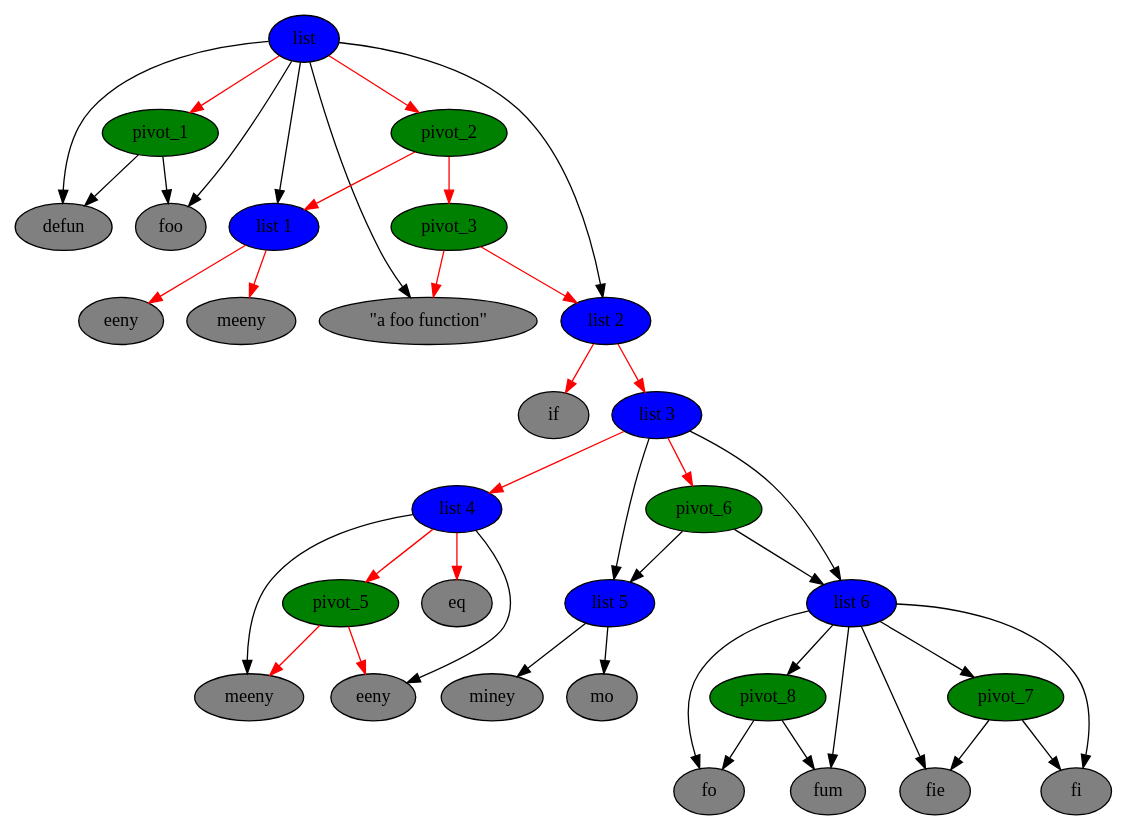
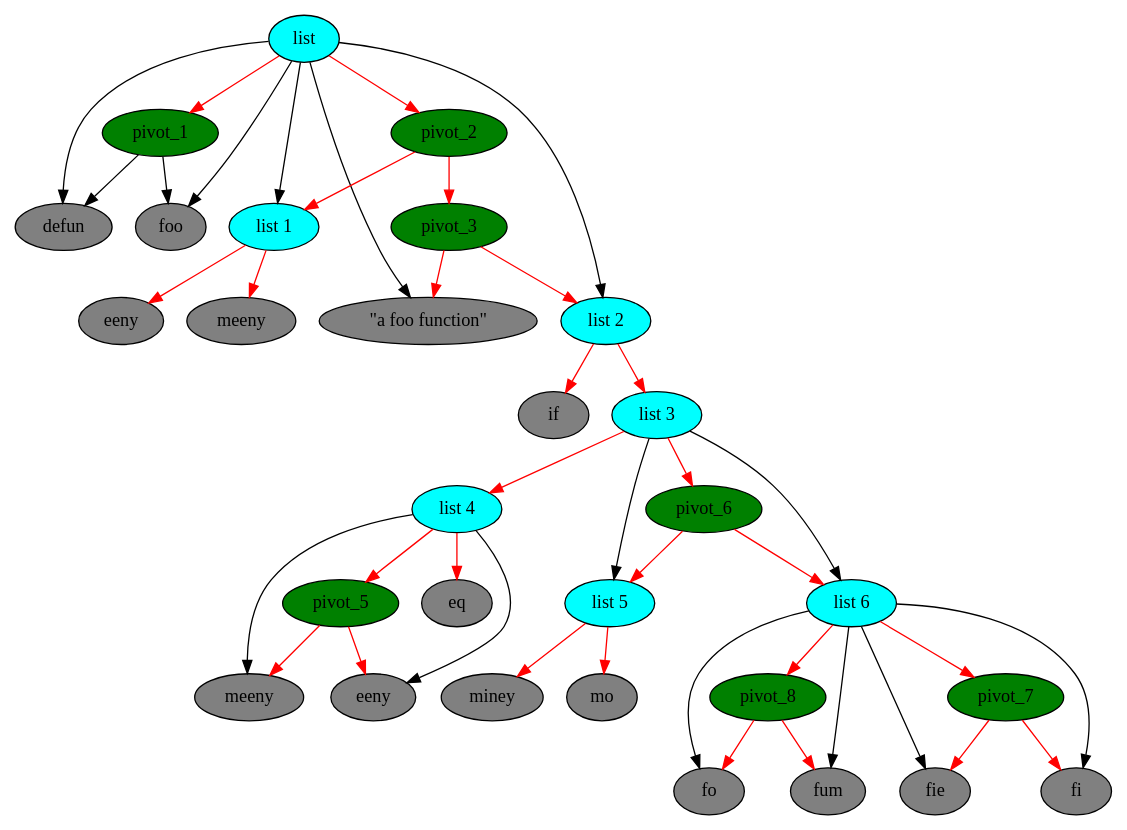
The second of 2 diagrams in quipu.org (mnemnion/porch), drawn with Graphviz before and after one commit. The commit also changed other lines of this file, not shown here.

Commit message:
small edits

```diff
--- a/quipu.org
+++ b/quipu.org
@@ -207,76 +206,76 @@
 #+begin_src dot :file images/node-pivot-leaf.png  :exports results :cache yes
- digraph G {
-list [label = "list", style = filled, fillcolor = blue]
-pivot_1 [style = filled, fillcolor = green]
-node_1 [label = "defun", style = filled, fillcolor = gray]
-foo_node [label = "foo", style = filled, fillcolor = gray]
-pivot_2 [style = filled, fillcolor = green]
-list_1 [label = "list 1", style = filled, fillcolor = blue]
-pivot_3 [style = filled, fillcolor = green]
-node_4 [label = "\"a foo function\"", style = filled, fillcolor = gray]
-list_2 [label = "list 2", style = filled, fillcolor = blue]
-node_5 [label = "if", style = filled, fillcolor = gray]
-list_3 [label = "list 3", style = filled, fillcolor = blue]
-list_4 [label = "list 4", style = filled, fillcolor = blue]
-node_2 [label = "eeny", style = filled, fillcolor = gray]
-node_3 [label = "meeny", style = filled, fillcolor = gray]
-list_5 [label = "list 5", style = filled, fillcolor = blue]
-list_6 [label = "list 6", style = filled, fillcolor = blue]
-node_6 [label = "eq", style = filled, fillcolor = gray]
+   digraph G {
+  list [label = "list", style = filled, fillcolor = cyan]
+  pivot_1 [style = filled, fillcolor = green]
+  node_1 [label = "defun", style = filled, fillcolor = gray]
+  foo_node [label = "foo", style = filled, fillcolor = gray]
+  pivot_2 [style = filled, fillcolor = green]
+  list_1 [label = "list 1", style = filled, fillcolor = cyan]
+  pivot_3 [style = filled, fillcolor = green]
+  node_4 [label = "\"a foo function\"", style = filled, fillcolor = gray]
+  list_2 [label = "list 2", style = filled, fillcolor = cyan]
+  node_5 [label = "if", style = filled, fillcolor = gray]
+  list_3 [label = "list 3", style = filled, fillcolor = cyan]
+  list_4 [label = "list 4", style = filled, fillcolor = cyan]
+  node_2 [label = "eeny", style = filled, fillcolor = gray]
+  node_3 [label = "meeny", style = filled, fillcolor = gray]
+  list_5 [label = "list 5", style = filled, fillcolor = cyan]
+  list_6 [label = "list 6", style = filled, fillcolor = cyan]
+  node_6 [label = "eq", style = filled, fillcolor = gray]
 
-node_7 [label = "eeny", style = filled, fillcolor = gray]
-node_8 [label = "meeny", style = filled, fillcolor = gray]
-pivot_5 [style = filled, fillcolor = green]
-node_9 [label = "miney", style = filled, fillcolor = gray]
-node_10 [label = "mo", style = filled, fillcolor = gray]
-pivot_6 [style = filled, fillcolor = green]
-pivot_7 [style = filled, fillcolor = green]
-pivot_8 [style = filled, fillcolor = green]
-node_11 [label = "fi", style = filled, fillcolor = gray]
-node_12 [label = "fie", style = filled, fillcolor = gray]
-node_13 [label = "fo", style = filled, fillcolor = gray]
-node_14 [label = "fum", style = filled, fillcolor = gray]
+  node_7 [label = "eeny", style = filled, fillcolor = gray]
+  node_8 [label = "meeny", style = filled, fillcolor = gray]
+  pivot_5 [style = filled, fillcolor = green]
+  node_9 [label = "miney", style = filled, fillcolor = gray]
+  node_10 [label = "mo", style = filled, fillcolor = gray]
+  pivot_6 [style = filled, fillcolor = green]
+  pivot_7 [style = filled, fillcolor = green]
+  pivot_8 [style = filled, fillcolor = green]
+  node_11 [label = "fi", style = filled, fillcolor = gray]
+  node_12 [label = "fie", style = filled, fillcolor = gray]
+  node_13 [label = "fo", style = filled, fillcolor = gray]
+  node_14 [label = "fum", style = filled, fillcolor = gray]
 
-  list -> pivot_1 [color = red]
-  list -> node_1
-  list -> foo_node
-     pivot_1 -> node_1
-     pivot_1 -> foo_node
-  list -> pivot_2 [color = red]
-   pivot_2 -> list_1 [color = red]
-   list -> list_1
-   list_1 -> node_2  [color = red]
-   list_1 -> node_3   [color = red]
-   pivot_2 -> pivot_3 [color = red]
-   pivot_3 -> node_4  [color = red]
-   pivot_3 -> list_2  [color = red]
-   list -> node_4
-   list -> list_2
-   list_2 -> node_5    [color = red]
-   list_2 -> list_3   [color = red]
-   list_3 -> list_4   [color = red]
-   list_4 -> node_6   [color = red]
-   list_4 -> node_7
-   list_4 -> node_8
-   list_4 -> pivot_5   [color = red]
-   pivot_5 -> node_7   [color = red]
-   pivot_5 -> node_8   [color = red]
-   list_3 -> list_5
-   list_3 -> pivot_6    [color = red]
-   pivot_6 -> list_5
-   pivot_6 -> list_6
-   list_5 -> node_9
-   list_5 -> node_10
-   list_3 -> list_6
-   list_6 -> node_11
-   list_6 -> node_12
-   list_6 -> node_13
-   list_6 -> node_14
-   list_6 -> pivot_7
-   pivot_7 -> node_11
-   pivot_7 -> node_12
-   list_6 -> pivot_8
-   pivot_8 -> node_13
-   pivot_8 -> node_14
-}
+    list -> pivot_1 [color = red]
+    list -> node_1
+    list -> foo_node
+       pivot_1 -> node_1
+       pivot_1 -> foo_node
+    list -> pivot_2 [color = red]
+     pivot_2 -> list_1 [color = red]
+     list -> list_1
+     list_1 -> node_2  [color = red]
+     list_1 -> node_3   [color = red]
+     pivot_2 -> pivot_3 [color = red]
+     pivot_3 -> node_4  [color = red]
+     pivot_3 -> list_2  [color = red]
+     list -> node_4
+     list -> list_2
+     list_2 -> node_5    [color = red]
+     list_2 -> list_3   [color = red]
+     list_3 -> list_4   [color = red]
+     list_4 -> node_6   [color = red]
+     list_4 -> node_7
+     list_4 -> node_8
+     list_4 -> pivot_5   [color = red]
+     pivot_5 -> node_7   [color = red]
+     pivot_5 -> node_8   [color = red]
+     list_3 -> list_5
+     list_3 -> pivot_6    [color = red]
+     pivot_6 -> list_5    [color = red]
+     pivot_6 -> list_6    [color = red]
+     list_5 -> node_9    [color = red]
+     list_5 -> node_10   [color = red]
+     list_3 -> list_6
+     list_6 -> node_11
+     list_6 -> node_12
+     list_6 -> node_13
+     list_6 -> node_14
+     list_6 -> pivot_7      [color = red]
+     pivot_7 -> node_11     [color = red]
+     pivot_7 -> node_12     [color = red]
+     list_6 -> pivot_8      [color = red]
+     pivot_8 -> node_13     [color = red]
+     pivot_8 -> node_14     [color = red]
+  }
 #+end_src
```
